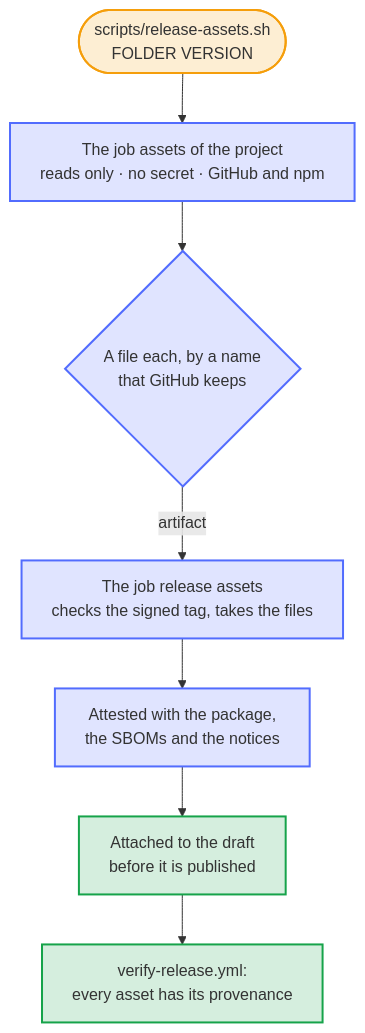
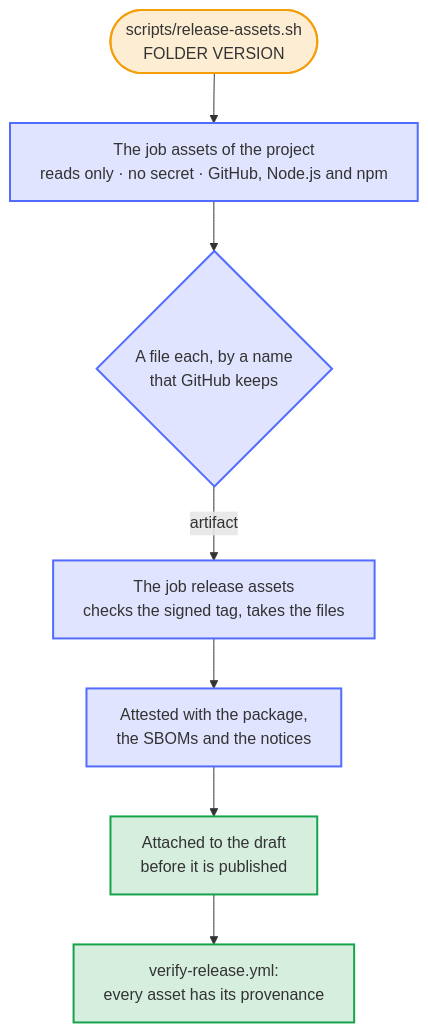
One commit to Dennis-Otto/repo-blueprint changed the diagram in docs/diagrams/how-a-project-adds-its-own-release-assets.mmd. Above: the diagram before and after it, drawn with Mermaid. The commit also changed 13 other files, not shown here.

First line of the commit message:
fix(release): keep the names of the release and its registries from the project's assets

```diff
--- a/docs/diagrams/how-a-project-adds-its-own-release-assets.mmd
+++ b/docs/diagrams/how-a-project-adds-its-own-release-assets.mmd
@@ -1,26 +1,26 @@
 ---
 config:
   flowchart:
     wrappingWidth: 400
 ---
 flowchart TB
     accTitle: How a project adds its own release assets
-    accDescr: The project's scripts/release-assets.sh builds its own assets, such as the zip of a browser extension, at the commit of the release, in a job that may write nothing, holds no secret and reaches only GitHub and npm. The job checks that each asset is a file with a name that GitHub keeps and hands the files on as an artifact. The job of the release takes them, after it checked the signed tag, refuses a name that one of its own assets has, and attests them with the package, the SBOMs and the notices. All of them go to the draft before it is published, and the verification of the release fails for an asset without its signed provenance.
+    accDescr: The project's scripts/release-assets.sh builds its own assets, such as the zip of a browser extension, at the commit of the release, in a job that may write nothing, holds no secret and reaches only GitHub, Node.js and npm. The job checks that each asset is a file with a name that GitHub keeps and hands the files on as an artifact. The job of the release takes them, after it checked the signed tag, refuses a name that one of its own assets has, and attests them with the package, the SBOMs and the notices. All of them go to the draft before it is published, and the verification of the release fails for an asset without its signed provenance.
 
     hook(["scripts/release-assets.sh<br>FOLDER VERSION"])
-    build["The job assets of the project<br>reads only · no secret · GitHub and npm"]
+    build["The job assets of the project<br>reads only · no secret · GitHub, Node.js and npm"]
     checked{"A file each, by a name<br>that GitHub keeps"}
     release["The job release assets<br>checks the signed tag, takes the files"]
     attest["Attested with the package,<br>the SBOMs and the notices"]
     draft["Attached to the draft<br>before it is published"]
     verify["verify-release.yml:<br>every asset has its provenance"]
 
     hook --> build --> checked
     checked -- "artifact" --> release --> attest --> draft --> verify
 
     classDef you fill:#f59e0b2e,stroke:#f59e0b,stroke-width:2px
     classDef bot fill:#526cfe2e,stroke:#526cfe,stroke-width:2px
     classDef done fill:#16a34a2e,stroke:#16a34a,stroke-width:2px
     class hook you
     class build,checked,release,attest bot
     class draft,verify done
```
